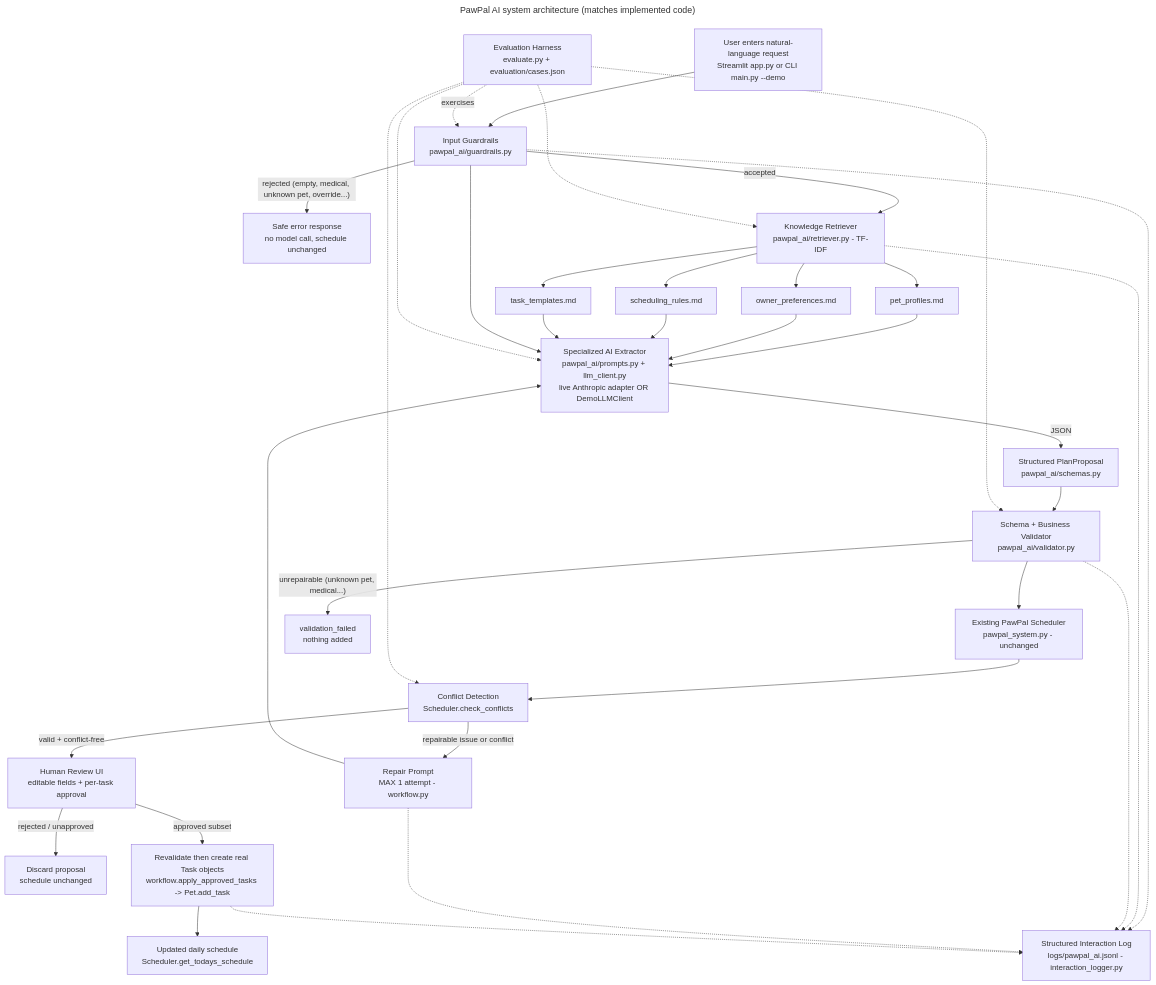
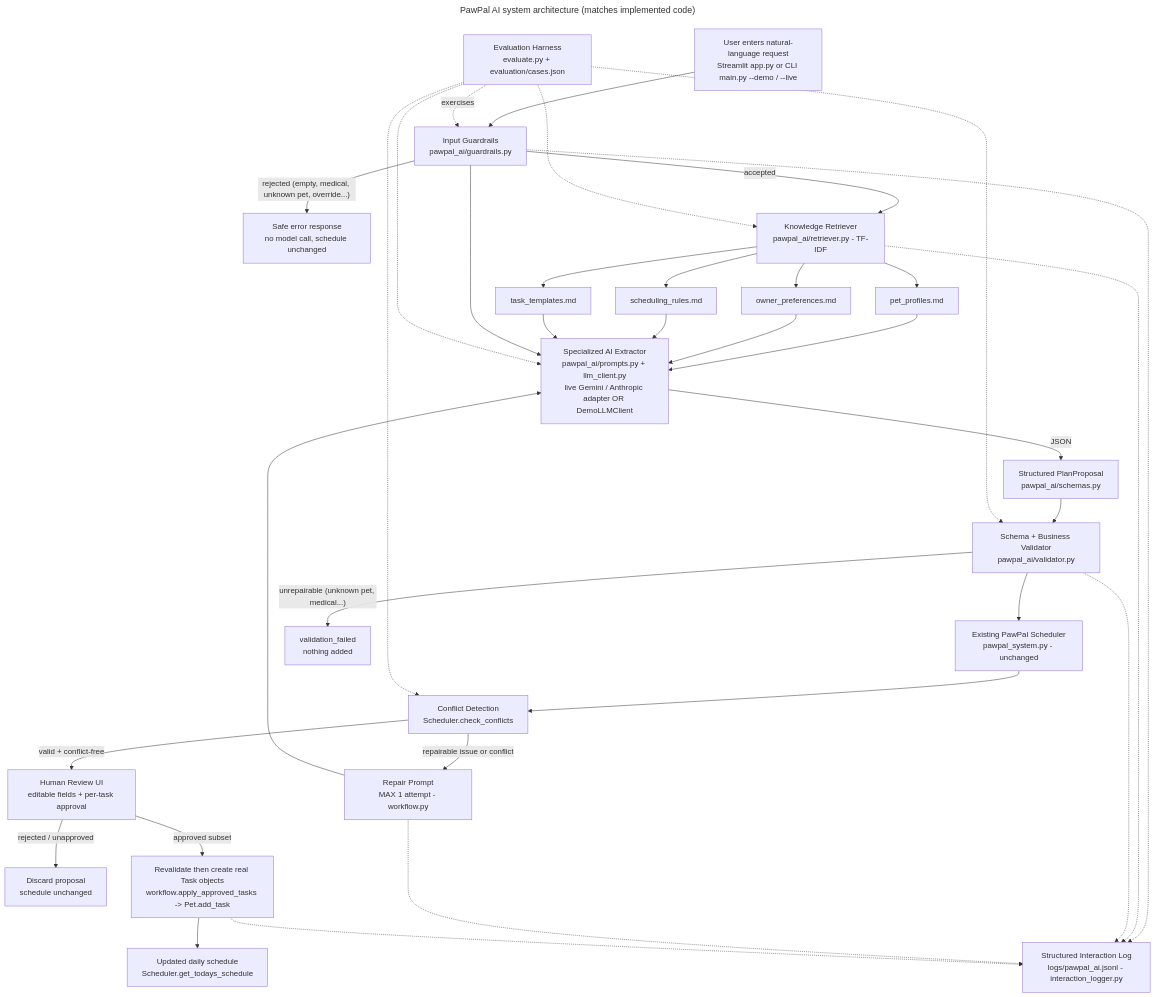
One commit to afaheem1021/pawpal-ai-care-planner changed the diagram in diagrams/architecture.mmd. Above: the diagram before and after it, drawn with Mermaid. The commit also changed 9 other files, not shown here.

```diff
--- a/diagrams/architecture.mmd
+++ b/diagrams/architecture.mmd
@@ -1,48 +1,48 @@
 ---
 title: PawPal AI system architecture (matches implemented code)
 ---
 flowchart TD
-    A[User enters natural-language request<br/>Streamlit app.py or CLI main.py --demo] --> B[Input Guardrails<br/>pawpal_ai/guardrails.py]
+    A[User enters natural-language request<br/>Streamlit app.py or CLI main.py --demo / --live] --> B[Input Guardrails<br/>pawpal_ai/guardrails.py]
 
     B -->|"rejected (empty, medical, unknown pet, override...)"| C[Safe error response<br/>no model call, schedule unchanged]
     B -->|accepted| D[Knowledge Retriever<br/>pawpal_ai/retriever.py - TF-IDF]
 
     D --> E[pet_profiles.md]
     D --> F[owner_preferences.md]
     D --> G[scheduling_rules.md]
     D --> H[task_templates.md]
 
-    E --> I[Specialized AI Extractor<br/>pawpal_ai/prompts.py + llm_client.py<br/>live Anthropic adapter OR DemoLLMClient]
+    E --> I[Specialized AI Extractor<br/>pawpal_ai/prompts.py + llm_client.py<br/>live Gemini / Anthropic adapter OR DemoLLMClient]
     F --> I
     G --> I
     H --> I
     B --> I
 
     I -->|JSON| J[Structured PlanProposal<br/>pawpal_ai/schemas.py]
     J --> K[Schema + Business Validator<br/>pawpal_ai/validator.py]
 
     K --> M[Existing PawPal Scheduler<br/>pawpal_system.py - unchanged]
     M --> N[Conflict Detection<br/>Scheduler.check_conflicts]
 
     N -->|repairable issue or conflict| L[Repair Prompt<br/>MAX 1 attempt - workflow.py]
     L --> I
 
     N -->|"valid + conflict-free"| O[Human Review UI<br/>editable fields + per-task approval]
     K -->|"unrepairable (unknown pet, medical...)"| P[validation_failed<br/>nothing added]
 
     O -->|rejected / unapproved| Q[Discard proposal<br/>schedule unchanged]
     O -->|approved subset| R[Revalidate then create real Task objects<br/>workflow.apply_approved_tasks -> Pet.add_task]
 
     R --> S[Updated daily schedule<br/>Scheduler.get_todays_schedule]
 
     T[Evaluation Harness<br/>evaluate.py + evaluation/cases.json] -.exercises.-> B
     T -.-> D
     T -.-> I
     T -.-> K
     T -.-> N
 
     B -.-> U[Structured Interaction Log<br/>logs/pawpal_ai.jsonl - interaction_logger.py]
     D -.-> U
     K -.-> U
     L -.-> U
     R -.-> U
```
